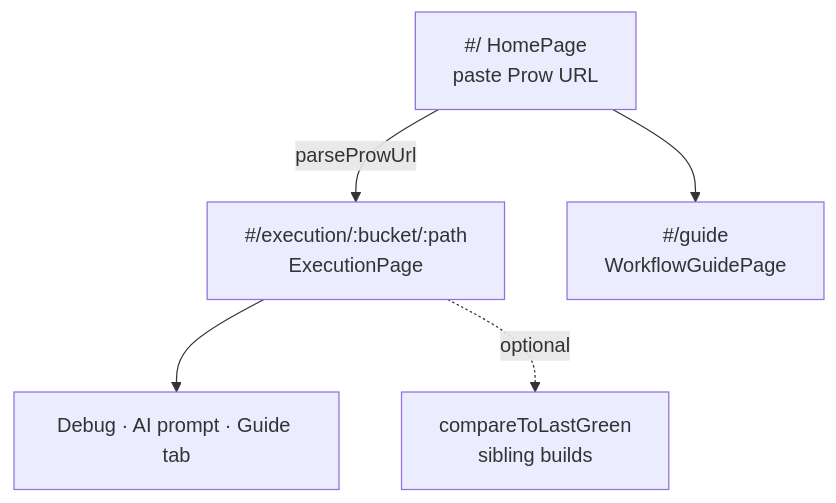
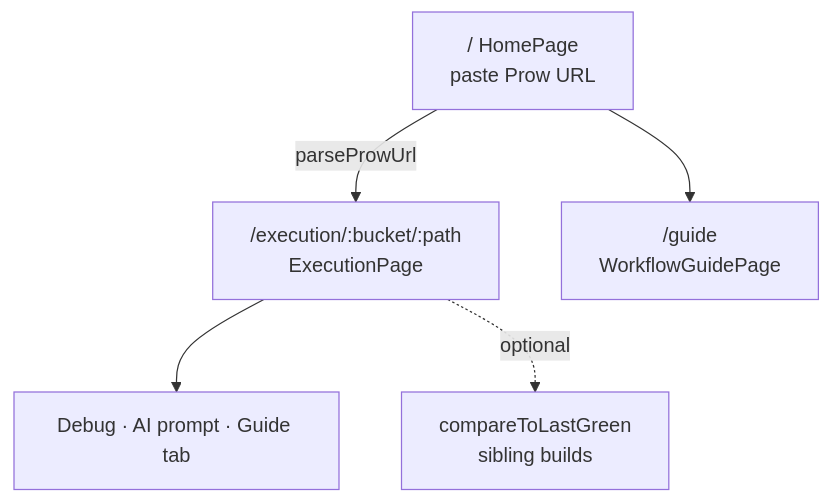
The second of 6 diagrams in ARCHITECTURE.md (ibm-adarsh/ci-analyzer), drawn with Mermaid before and after one commit. The commit also changed other lines of this file and 4 other files, not shown here.

````diff
--- a/ARCHITECTURE.md
+++ b/ARCHITECTURE.md
@@ -31,7 +31,7 @@
 ```mermaid
 flowchart TB
-  Home["#/ HomePage<br/>paste Prow URL"] -->|parseProwUrl| Exec["#/execution/:bucket/:path<br/>ExecutionPage"]
-  Home --> Guide["#/guide<br/>WorkflowGuidePage"]
+  Home["/ HomePage<br/>paste Prow URL"] -->|parseProwUrl| Exec["/execution/:bucket/:path<br/>ExecutionPage"]
+  Home --> Guide["/guide<br/>WorkflowGuidePage"]
   Exec --> Tabs[Debug · AI prompt · Guide tab]
   Exec -.->|optional| Compare[compareToLastGreen<br/>sibling builds]
 ```
````
